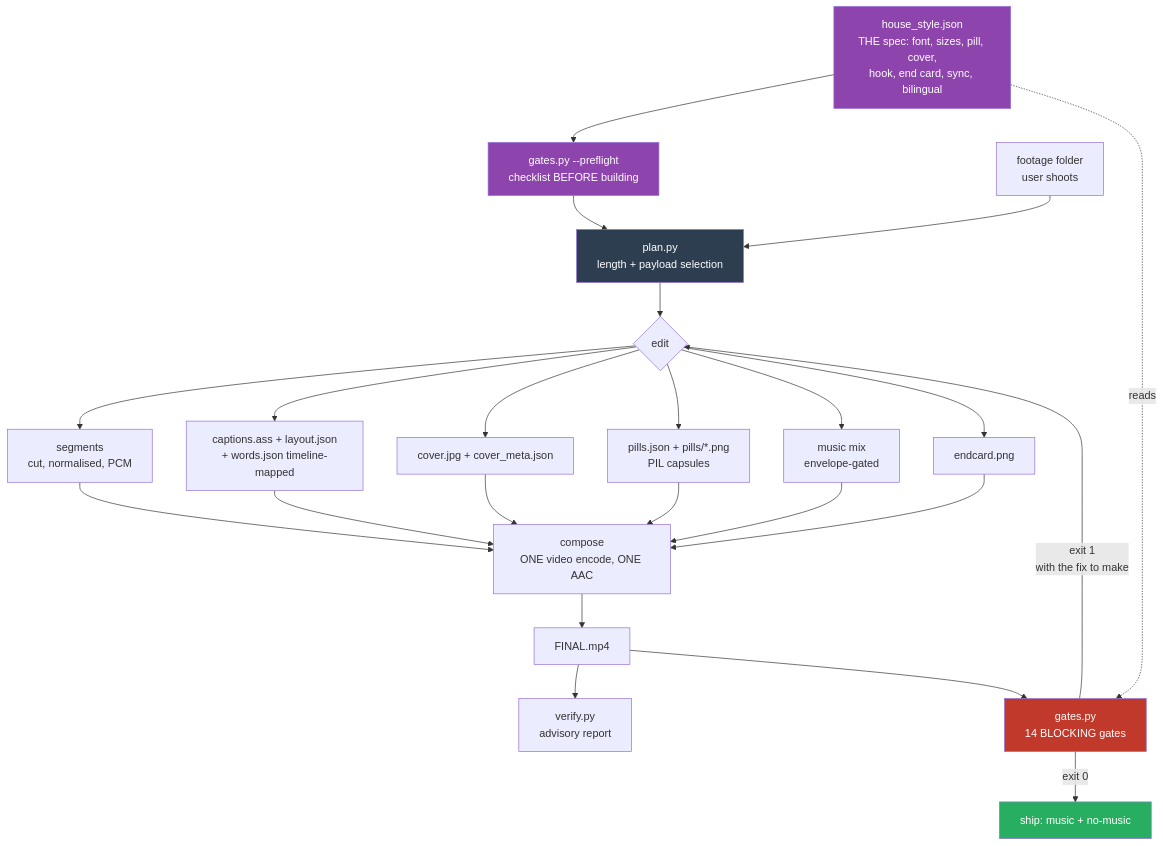
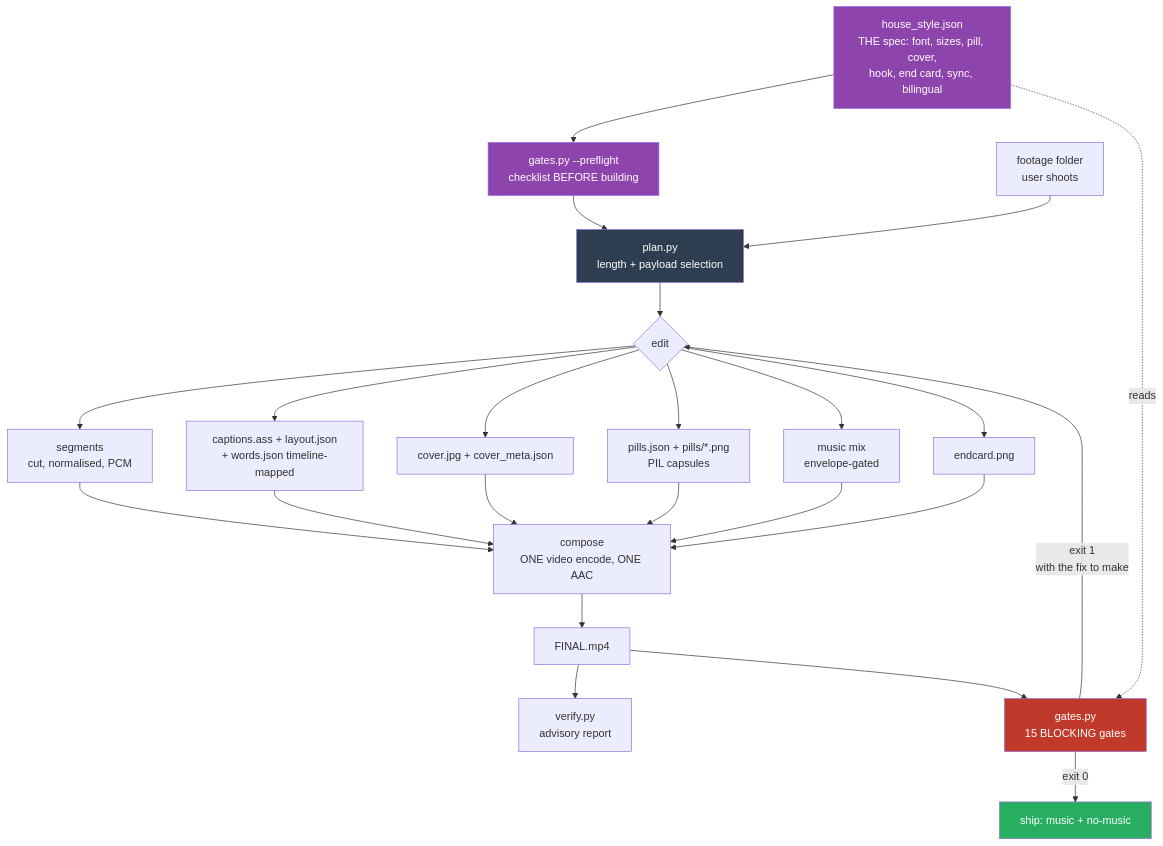
Before and after one commit to chyiiiiiiiiiiii/yiibu: the first of 4 diagrams in ARCHITECTURE.md, drawn with Mermaid. The commit also changed other lines of this file and 7 other files, not shown here.

````diff
--- a/ARCHITECTURE.md
+++ b/ARCHITECTURE.md
@@ -28,32 +28,32 @@
 ```mermaid
 flowchart TD
     HS[house_style.json<br/>THE spec: font, sizes, pill, cover,<br/>hook, end card, sync, bilingual]
     HS --> PF[gates.py --preflight<br/>checklist BEFORE building]
     PF --> B[plan.py<br/>length + payload selection]
     A[footage folder<br/>user shoots] --> B
     B --> C{edit}
     C --> D[segments<br/>cut, normalised, PCM]
     C --> E[captions.ass + layout.json<br/>+ words.json timeline-mapped]
     C --> F[cover.jpg + cover_meta.json]
     C --> P[pills.json + pills/*.png<br/>PIL capsules]
     C --> G[music mix<br/>envelope-gated]
     C --> N[endcard.png]
     D --> H[compose<br/>ONE video encode, ONE AAC]
     E --> H
     F --> H
     P --> H
     G --> H
     N --> H
     H --> I[FINAL.mp4]
     I --> J[verify.py<br/>advisory report]
-    I --> K[gates.py<br/>14 BLOCKING gates]
+    I --> K[gates.py<br/>15 BLOCKING gates]
     HS -.reads.-> K
     K -->|exit 1<br/>with the fix to make| C
     K -->|exit 0| L[ship: music + no-music]
 
     style K fill:#c0392b,color:#fff
     style HS fill:#8e44ad,color:#fff
     style PF fill:#8e44ad,color:#fff
     style B fill:#2c3e50,color:#fff
     style L fill:#27ae60,color:#fff
 ```
````
